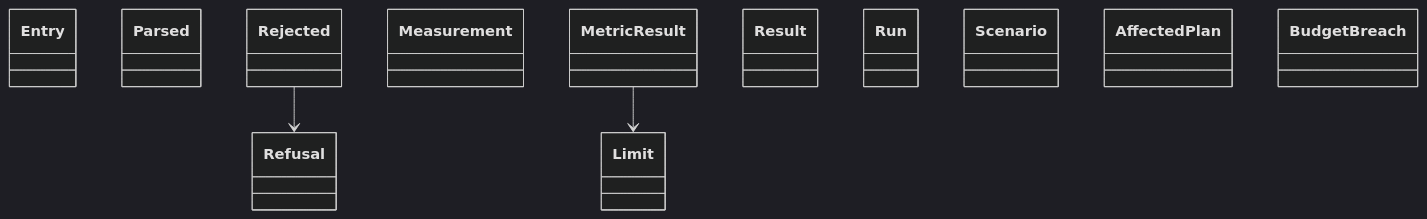
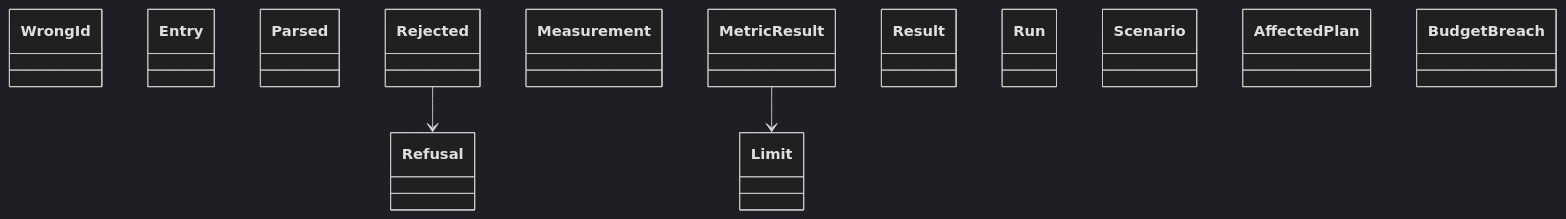
Before and after one commit to GonzaloZevallos/agentic-system: the diagram in docs/architecture/generated/classes-process-domain-checks-2.md, drawn with Mermaid (dark theme). The commit also changed 4 other files, not shown here.

Commit message:
Regenerate the architecture pages on the integrated head and describe the plan-time CI name rule

````diff
--- a/docs/architecture/generated/classes-process-domain-checks-2.md
+++ b/docs/architecture/generated/classes-process-domain-checks-2.md
@@ -21,17 +21,18 @@
 ```mermaid
 classDiagram
+    class ci_workflow__WrongId["WrongId"]
     class coverage__Entry["Entry"]
     class coverage__Parsed["Parsed"]
     class coverage__Refusal["Refusal"]
     class coverage__Rejected["Rejected"]
     class performance__Limit["Limit"]
     class performance__Measurement["Measurement"]
     class performance__MetricResult["MetricResult"]
     class performance__Result["Result"]
     class performance__Run["Run"]
     class performance__Scenario["Scenario"]
     class presubmit__AffectedPlan["AffectedPlan"]
     class presubmit__BudgetBreach["BudgetBreach"]
     coverage__Rejected --> coverage__Refusal
     performance__MetricResult --> performance__Limit
 ```
````
